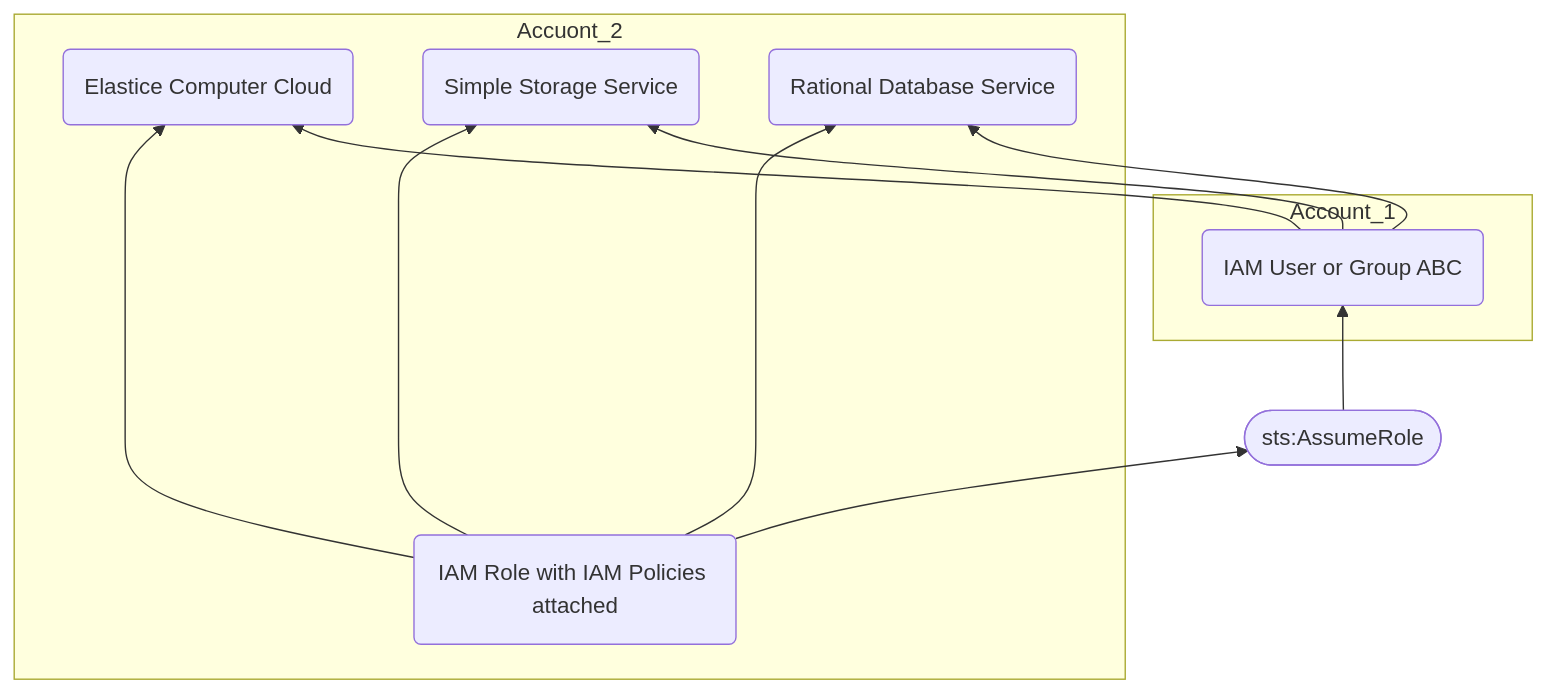
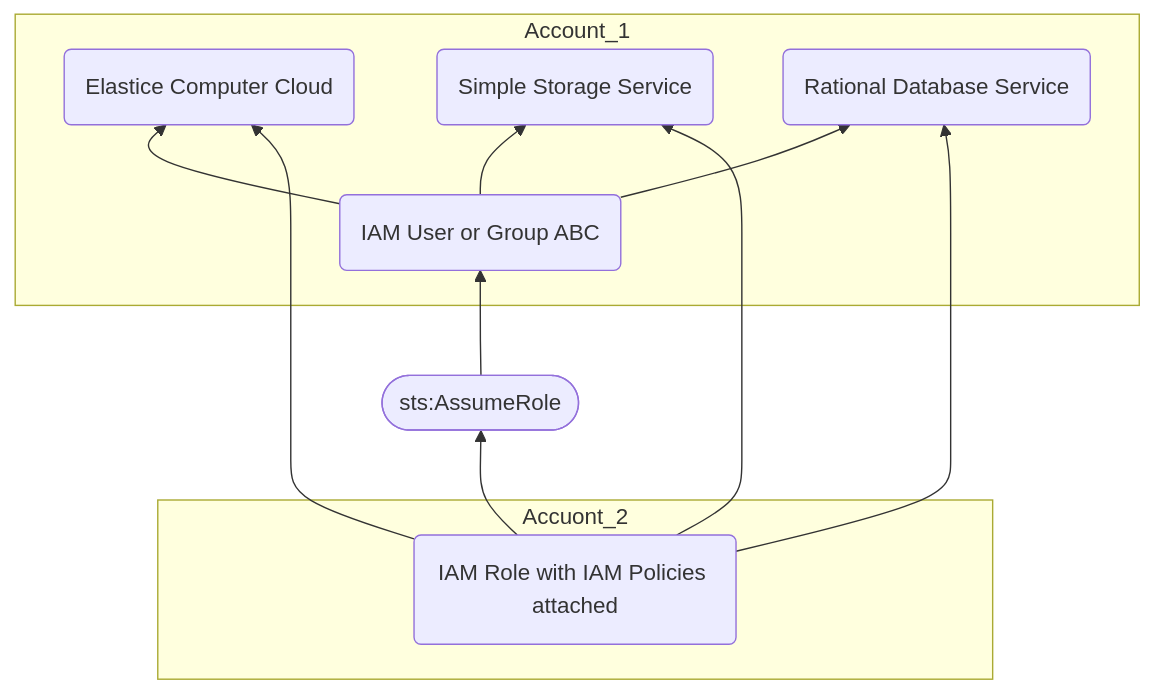
Before and after one commit to harryho/blog-hugo: the diagram in content/cloud/aws/aws-01-iam.md, drawn with Mermaid. The commit also changed other lines of this file, not shown here.

```diff
--- a/content/cloud/aws/aws-01-iam.md
+++ b/content/cloud/aws/aws-01-iam.md
@@ -94,21 +94,22 @@
 {{<mermaid>}}
 graph BT
     EC2(Elastice Computer Cloud)
     S3(Simple Storage Service)
     RDS(Rational Database Service)
     temporay_security_credential-->IAM_User
     IAM_Role --> temporay_security_credential([sts:AssumeRole])
-    subgraph Accuont_2 
-        IAM_Role(IAM Role with IAM Policies attached)
-        IAM_Role --> EC2
-        IAM_Role --> S3
-        IAM_Role --> RDS
-    end
+
    temporay_security_credential;
    subgraph Account_1     
         IAM_User(IAM User or Group ABC)
         IAM_User --> EC2
         IAM_User --> S3
         IAM_User --> RDS
     end 
+    subgraph Accuont_2 
+        IAM_Role(IAM Role with IAM Policies attached)
+        IAM_Role --> EC2
+        IAM_Role --> S3
+        IAM_Role --> RDS
+    end
 {{</mermaid >}}
```
